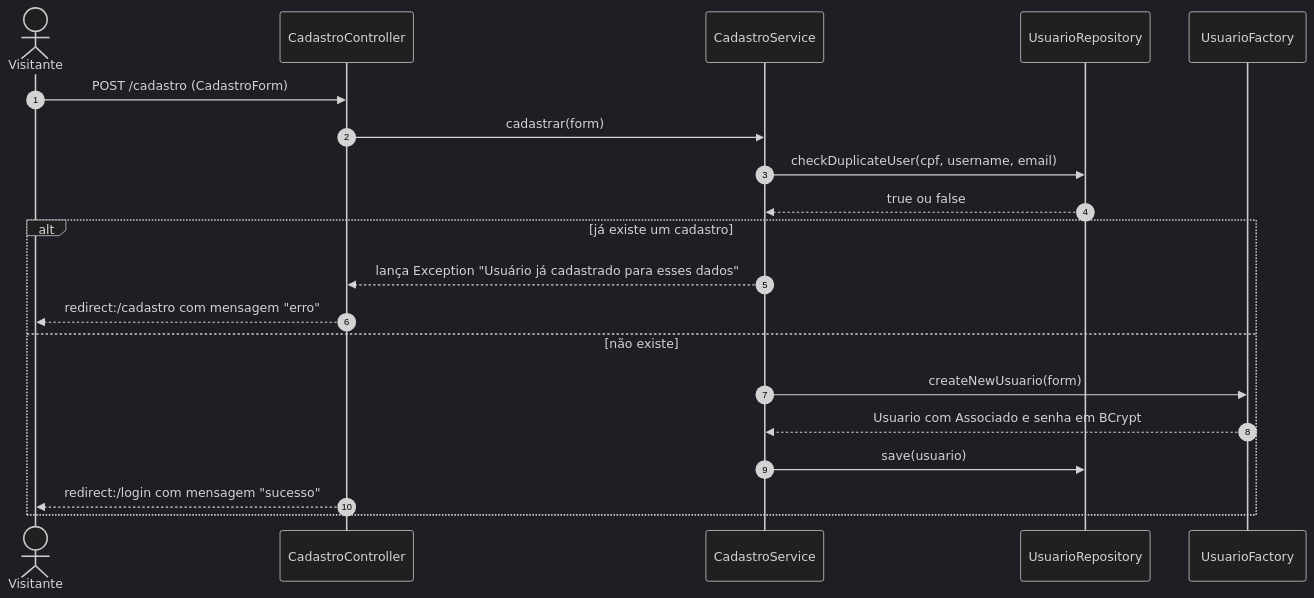
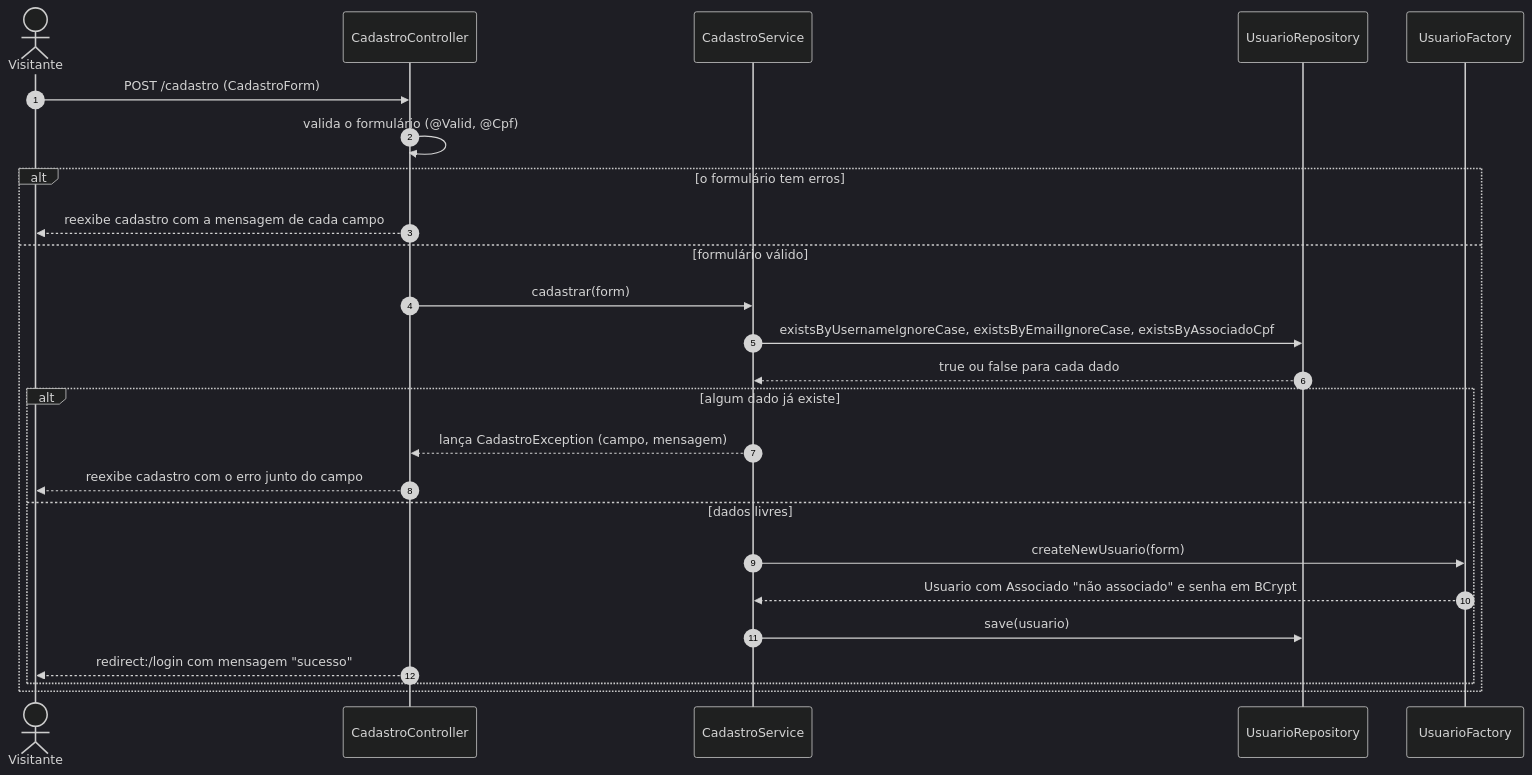
The diagram in docs/diagramas/sequencia-cadastro-pt.mmd (OlavoAppel/LPOO-Gestao-Socio-Torcedores), drawn with Mermaid (dark theme) before and after one commit. The commit also changed 11 other files, not shown here.

```diff
--- a/docs/diagramas/sequencia-cadastro-pt.mmd
+++ b/docs/diagramas/sequencia-cadastro-pt.mmd
@@ -1,20 +1,25 @@
 sequenceDiagram
 autonumber
 actor U as Visitante
 participant C as CadastroController
 participant S as CadastroService
 participant R as UsuarioRepository
 participant F as UsuarioFactory
 U->>C: POST /cadastro (CadastroForm)
-C->>S: cadastrar(form)
-S->>R: checkDuplicateUser(cpf, username, email)
-R-->>S: true ou false
-alt já existe um cadastro
-  S-->>C: lança Exception "Usuário já cadastrado para esses dados"
-  C-->>U: redirect:/cadastro com mensagem "erro"
-else não existe
-  S->>F: createNewUsuario(form)
-  F-->>S: Usuario com Associado e senha em BCrypt
-  S->>R: save(usuario)
-  C-->>U: redirect:/login com mensagem "sucesso"
+C->>C: valida o formulário (@Valid, @Cpf)
+alt o formulário tem erros
+  C-->>U: reexibe cadastro com a mensagem de cada campo
+else formulário válido
+  C->>S: cadastrar(form)
+  S->>R: existsByUsernameIgnoreCase, existsByEmailIgnoreCase, existsByAssociadoCpf
+  R-->>S: true ou false para cada dado
+  alt algum dado já existe
+    S-->>C: lança CadastroException (campo, mensagem)
+    C-->>U: reexibe cadastro com o erro junto do campo
+  else dados livres
+    S->>F: createNewUsuario(form)
+    F-->>S: Usuario com Associado "não associado" e senha em BCrypt
+    S->>R: save(usuario)
+    C-->>U: redirect:/login com mensagem "sucesso"
+  end
 end
```
